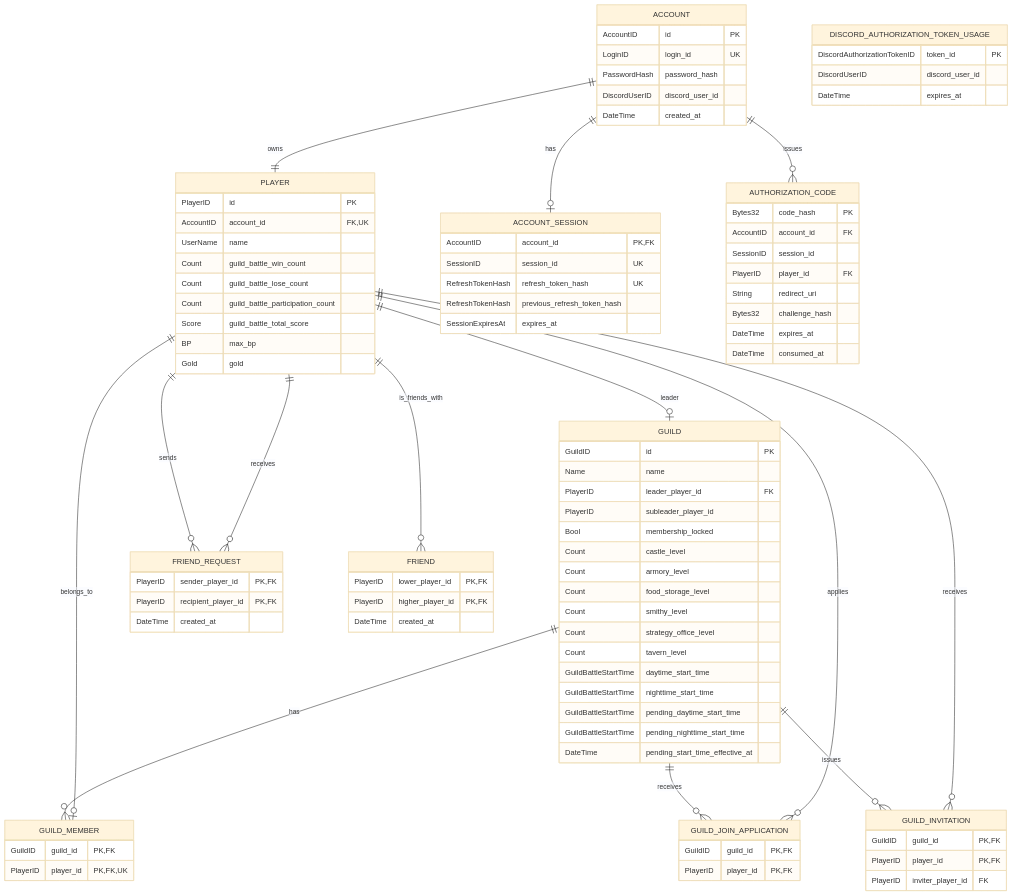
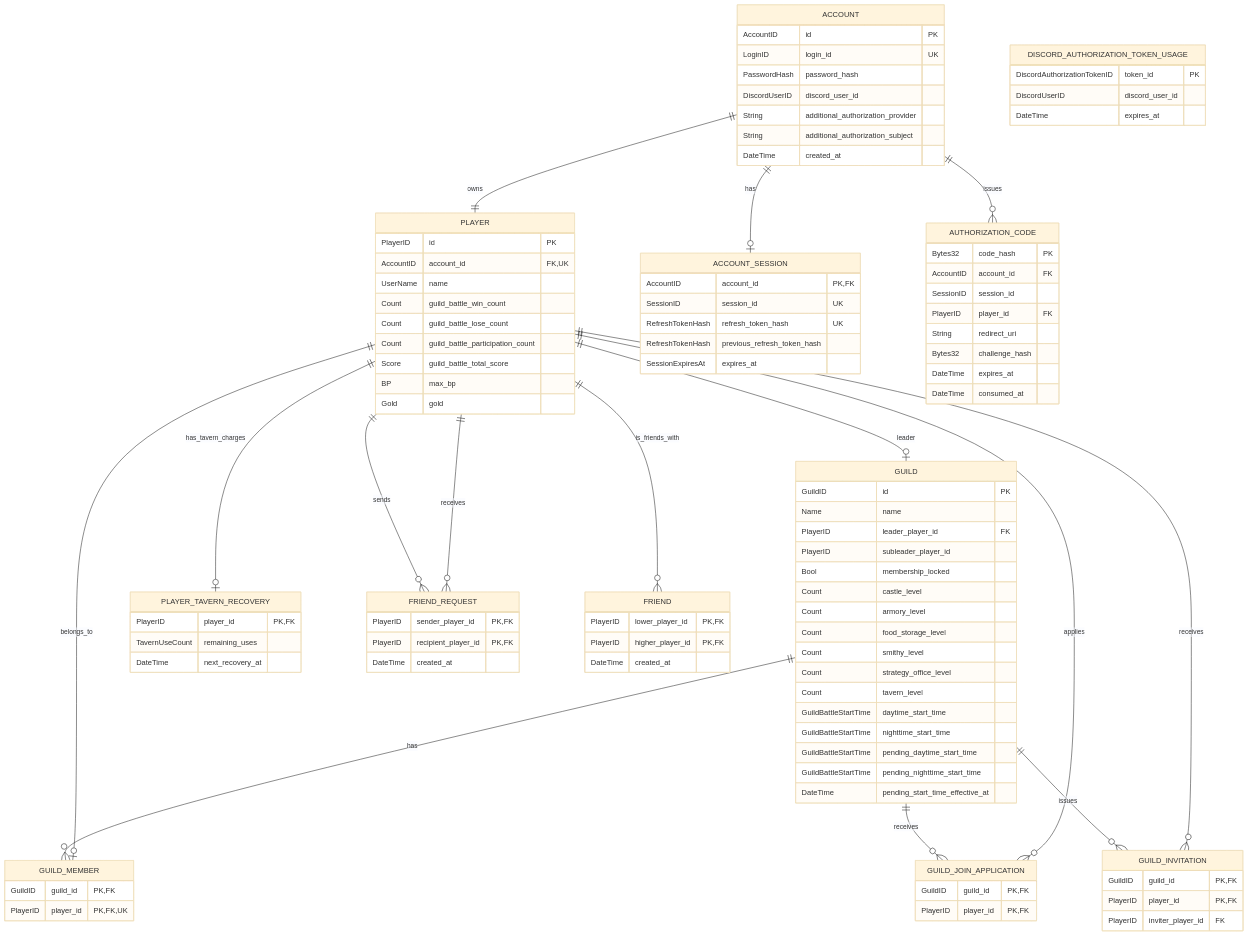
Before and after one commit to ReHydrangeaOdyssey/Specifications: the first of 8 diagrams in design/server/data_base.md, drawn with Mermaid (base theme). The commit also changed other lines of this file and 28 other files, not shown here.

```diff
--- a/design/server/data_base.md
+++ b/design/server/data_base.md
@@ -15,6 +15,8 @@
         LoginID login_id UK
         PasswordHash password_hash
         DiscordUserID discord_user_id
+        String additional_authorization_provider
+        String additional_authorization_subject
         DateTime created_at
     }
 
@@ -90,6 +92,12 @@
         PlayerID inviter_player_id FK
     }
 
+    PLAYER_TAVERN_RECOVERY {
+        PlayerID player_id PK, FK
+        TavernUseCount remaining_uses
+        DateTime next_recovery_at
+    }
+
     FRIEND_REQUEST {
         PlayerID sender_player_id PK, FK
         PlayerID recipient_player_id PK, FK
@@ -102,6 +110,7 @@
         DateTime created_at
     }
 
+    PLAYER ||--o| PLAYER_TAVERN_RECOVERY : has_tavern_charges
     ACCOUNT ||--|| PLAYER : owns
     ACCOUNT ||--o| ACCOUNT_SESSION : has
     ACCOUNT ||--o{ AUTHORIZATION_CODE : issues
```
